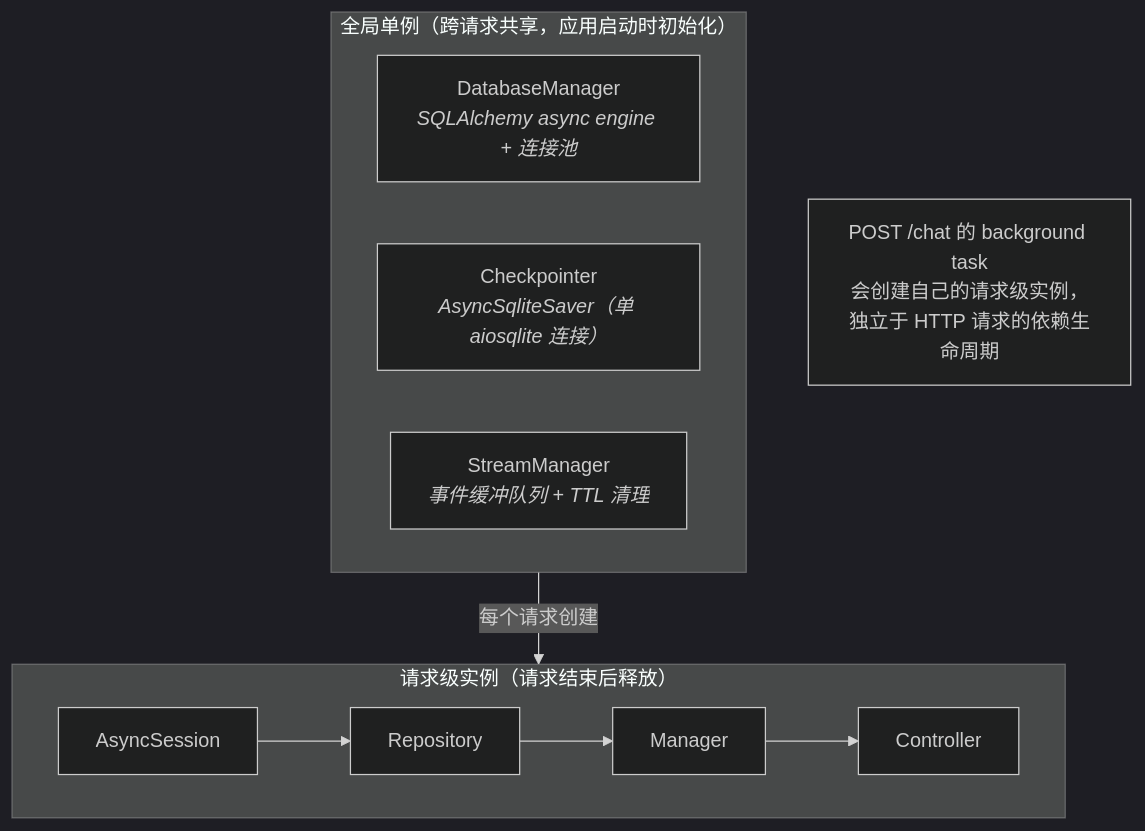
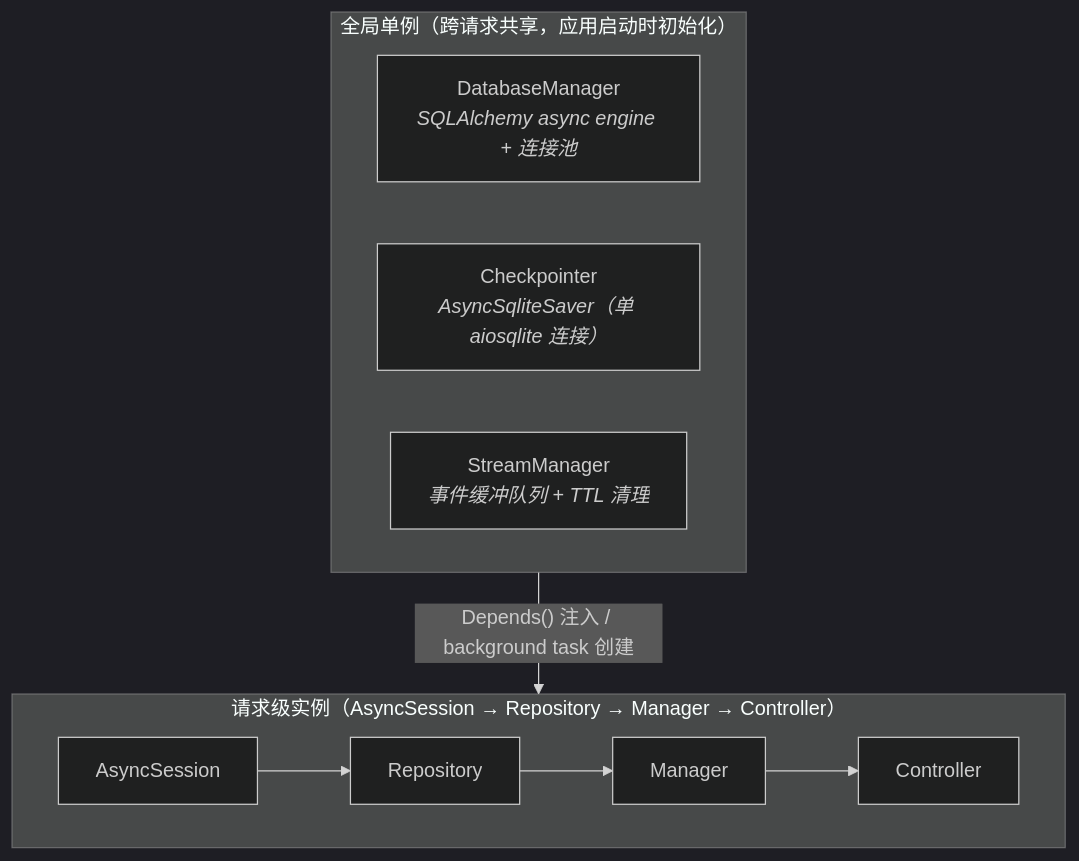
One commit to Neutrino1998/artifact-flow changed the first of 4 diagrams in docs/architecture/concurrency.md. Above: the diagram before and after it, drawn with Mermaid (dark theme). The commit also changed other lines of this file and 3 other files, not shown here.

````diff
--- a/docs/architecture/concurrency.md
+++ b/docs/architecture/concurrency.md
@@ -9,20 +9,18 @@
 ```mermaid
 graph TB
     subgraph Global["全局单例（跨请求共享，应用启动时初始化）"]
         DM["DatabaseManager<br/><i>SQLAlchemy async engine + 连接池</i>"]
         CP["Checkpointer<br/><i>AsyncSqliteSaver（单 aiosqlite 连接）</i>"]
         SM["StreamManager<br/><i>事件缓冲队列 + TTL 清理</i>"]
     end
 
-    subgraph PerReq["请求级实例（请求结束后释放）"]
+    subgraph PerReq["请求级实例（AsyncSession → Repository → Manager → Controller）"]
         Session["AsyncSession"]
         Repo["Repository"]
         Mgr["Manager"]
         Ctrl["Controller"]
         Session --> Repo --> Mgr --> Ctrl
     end
 
-    Global -- "每个请求创建" --> PerReq
-
-    note["POST /chat 的 background task<br/>会创建自己的请求级实例，<br/>独立于 HTTP 请求的依赖生命周期"]
+    Global -- "Depends() 注入 / background task 创建" --> PerReq
 ```
````
